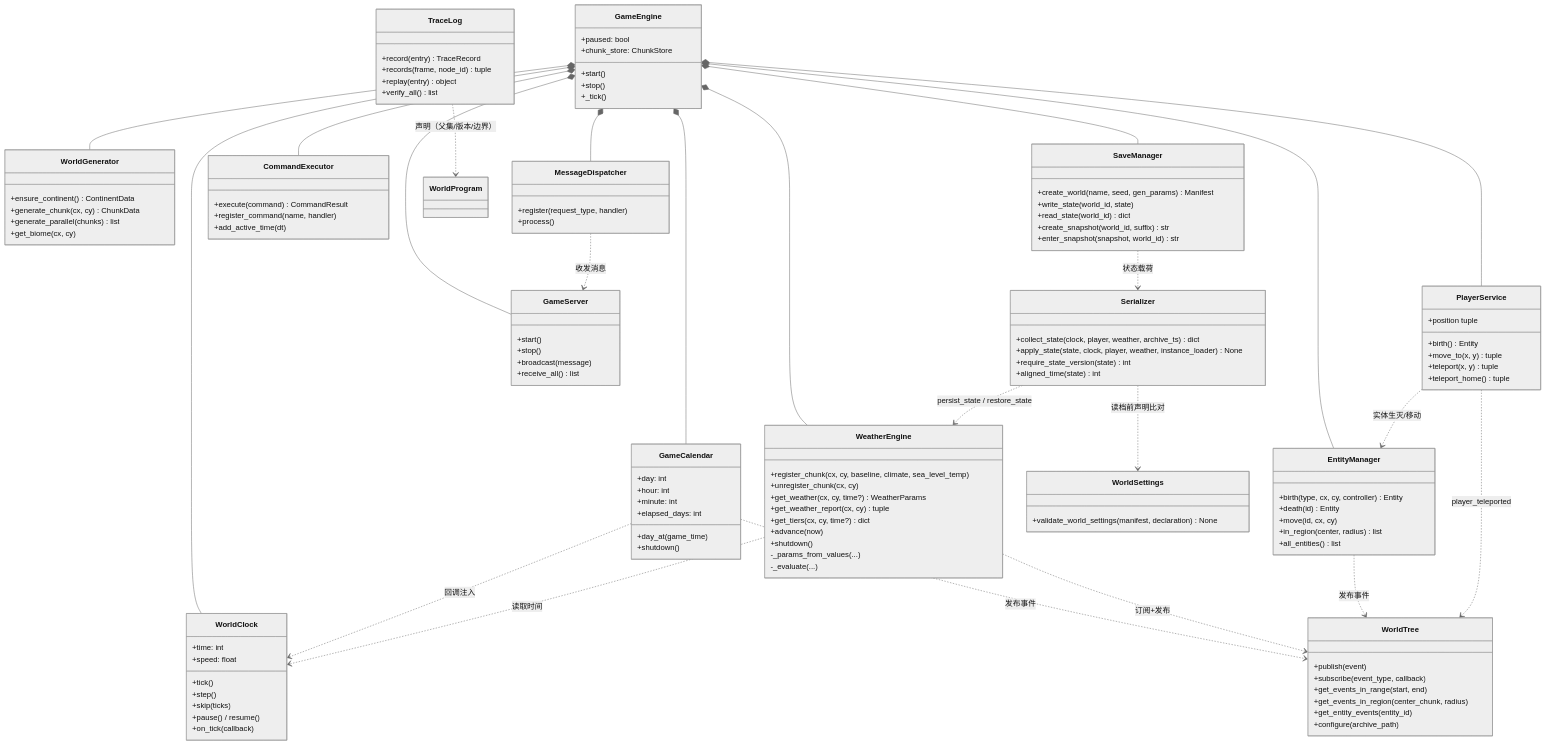
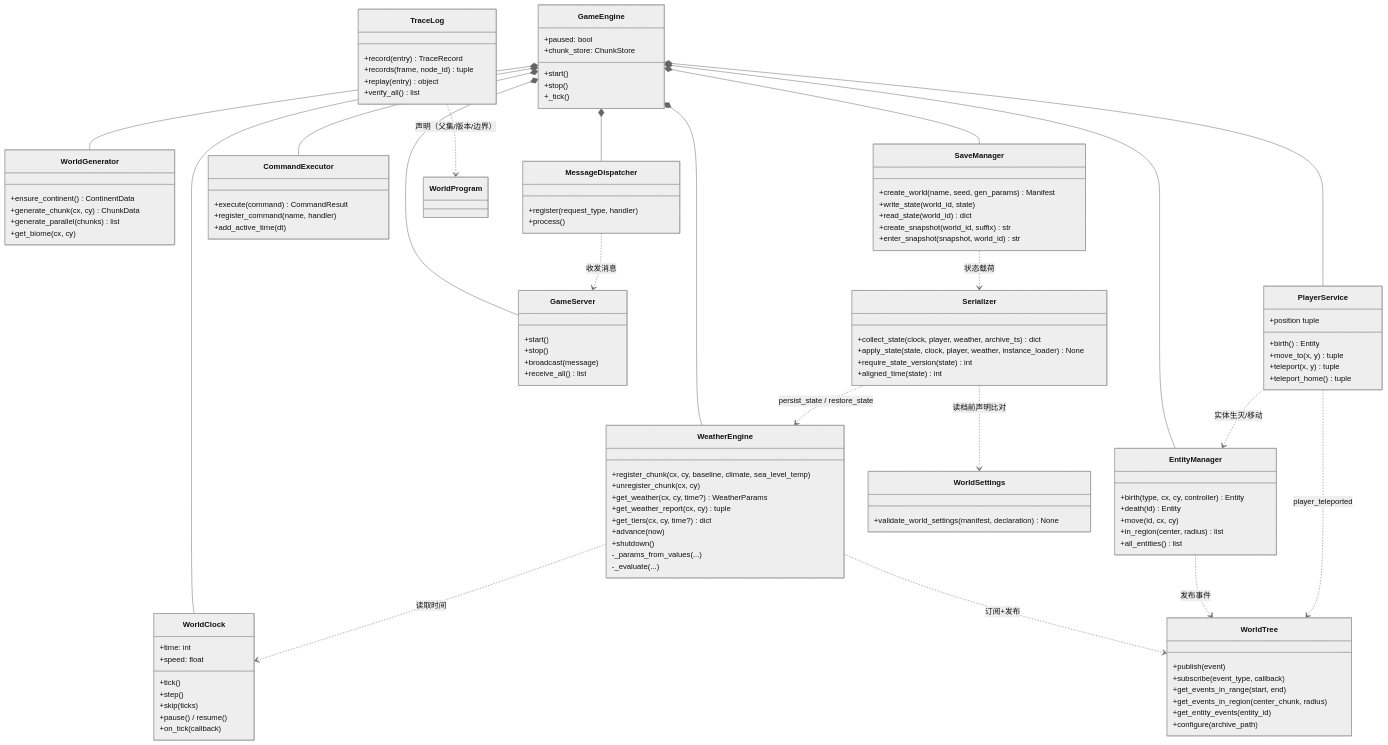
The sixth of 6 diagrams in docs/diagrams/architecture.md (Jedidiah-Zhang/Ascend), drawn with Mermaid (neutral theme) before and after one commit. The commit also changed other lines of this file and 77 other files, not shown here.

```diff
--- a/docs/diagrams/architecture.md
+++ b/docs/diagrams/architecture.md
@@ -224,15 +212,6 @@
         +on_tick(callback)
         +time: int
         +speed: float
-    }
-
-    class GameCalendar {
-        +day: int
-        +hour: int
-        +minute: int
-        +elapsed_days: int
-        +day_at(game_time)
-        +shutdown()
     }
 
     class WorldGenerator {
@@ -315,7 +294,6 @@
     }
 
     GameEngine *-- WorldClock
-    GameEngine *-- GameCalendar
     GameEngine *-- WorldGenerator
     GameEngine *-- WeatherEngine
     GameEngine *-- EntityManager
@@ -325,8 +303,6 @@
     GameEngine *-- CommandExecutor
     GameEngine *-- SaveManager
 
-    GameCalendar ..> WorldClock : 回调注入
-    GameCalendar ..> WorldTree : 发布事件
     WeatherEngine ..> WorldClock : 读取时间
     WeatherEngine ..> WorldTree : 订阅+发布
     EntityManager ..> WorldTree : 发布事件
```
